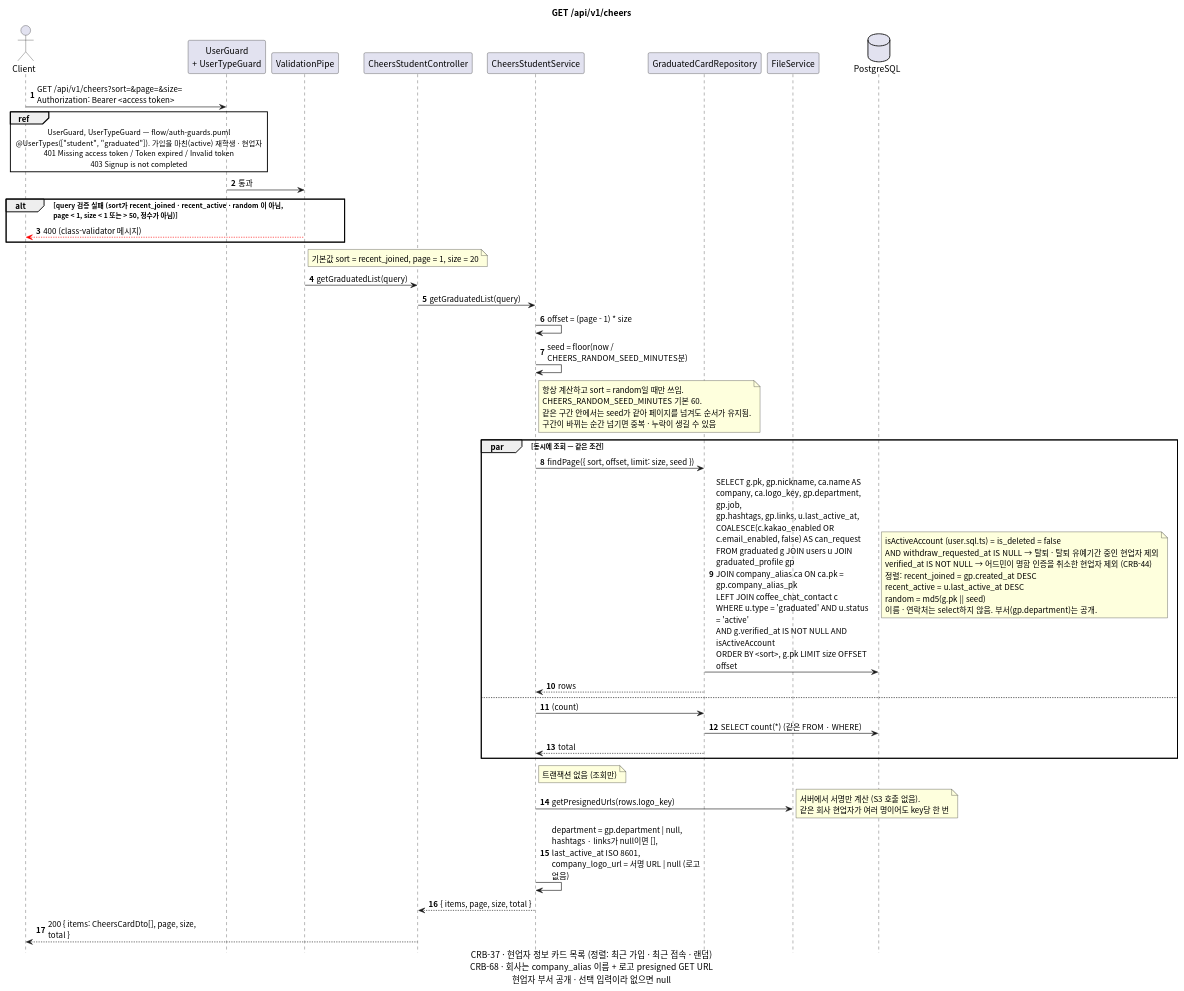
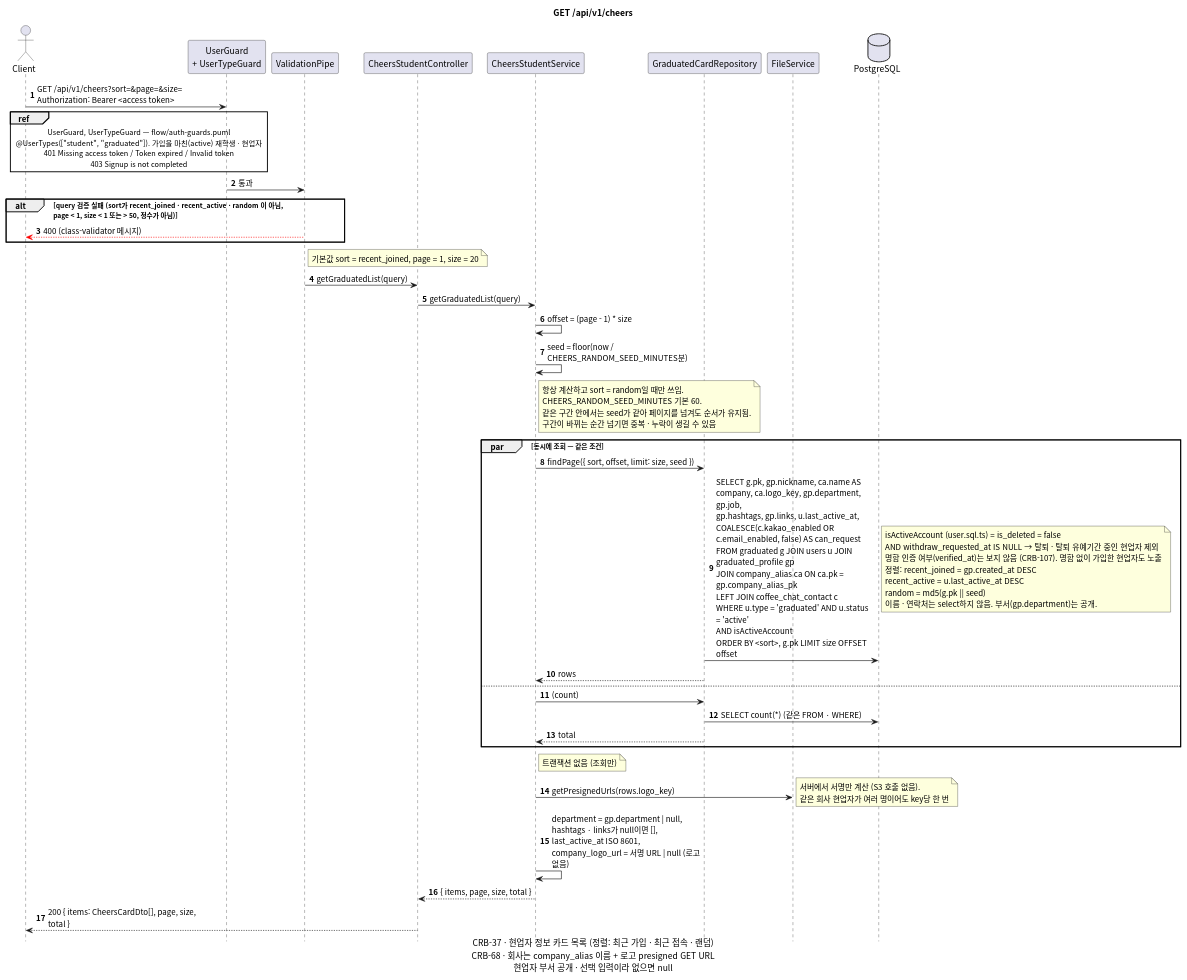
Before and after one commit to gsainfoteam/cheers-be: the diagram in docs/sequence/cheers/get-cheers.puml, drawn with PlantUML. The commit also changed 12 other files, not shown here.

Commit message:
- docs: update sequence diagrams for graduated signup without verify (CRB-107)

```diff
--- a/docs/sequence/cheers/get-cheers.puml
+++ b/docs/sequence/cheers/get-cheers.puml
@@ -1,76 +1,76 @@
 @startuml get-cheers
 skinparam defaultFontName "Apple SD Gothic Neo", "Noto Sans CJK KR", sans-serif
 skinparam responseMessageBelowArrow true
 skinparam sequenceMessageAlign left
 skinparam maxMessageSize 260
 skinparam BoxPadding 8
 skinparam shadowing false
 autonumber
 hide footbox
 
 title GET /api/v1/cheers
 caption CRB-37 · 현업자 정보 카드 목록 (정렬: 최근 가입 · 최근 접속 · 랜덤)\nCRB-68 · 회사는 company_alias 이름 + 로고 presigned GET URL\n현업자 부서 공개 · 선택 입력이라 없으면 null
 
 actor Client
 participant "UserGuard\n+ UserTypeGuard" as Guard
 participant "ValidationPipe" as Pipe
 participant "CheersStudentController" as Controller
 participant "CheersStudentService" as Service
 participant "GraduatedCardRepository" as GraduatedCardRepository
 participant "FileService" as FileService
 database PostgreSQL
 
 Client -> Guard: GET /api/v1/cheers?sort=&page=&size=\nAuthorization: Bearer <access token>
 ref over Client, Guard
   UserGuard, UserTypeGuard — flow/auth-guards.puml
   @UserTypes(["student", "graduated"]). 가입을 마친(active) 재학생 · 현업자
   401 Missing access token / Token expired / Invalid token
   403 Signup is not completed
 end ref
 Guard -> Pipe: 통과
 alt query 검증 실패 (sort가 recent_joined · recent_active · random 이 아님,\npage < 1, size < 1 또는 > 50, 정수가 아님)
   Pipe -[#red]-> Client: 400 (class-validator 메시지)
 end
 note right of Pipe: 기본값 sort = recent_joined, page = 1, size = 20
 Pipe -> Controller: getGraduatedList(query)
 Controller -> Service: getGraduatedList(query)
 
 Service -> Service: offset = (page - 1) * size
 Service -> Service: seed = floor(now / CHEERS_RANDOM_SEED_MINUTES분)
 note right of Service
   항상 계산하고 sort = random일 때만 쓰임.
   CHEERS_RANDOM_SEED_MINUTES 기본 60.
   같은 구간 안에서는 seed가 같아 페이지를 넘겨도 순서가 유지됨.
   구간이 바뀌는 순간 넘기면 중복 · 누락이 생길 수 있음
 end note
 
 par 동시에 조회 — 같은 조건
   Service -> GraduatedCardRepository: findPage({ sort, offset, limit: size, seed })
-  GraduatedCardRepository -> PostgreSQL: SELECT g.pk, gp.nickname, ca.name AS company, ca.logo_key, gp.department, gp.job,\ngp.hashtags, gp.links, u.last_active_at,\nCOALESCE(c.kakao_enabled OR c.email_enabled, false) AS can_request\nFROM graduated g JOIN users u JOIN graduated_profile gp\nJOIN company_alias ca ON ca.pk = gp.company_alias_pk\nLEFT JOIN coffee_chat_contact c\nWHERE u.type = 'graduated' AND u.status = 'active'\nAND g.verified_at IS NOT NULL AND isActiveAccount\nORDER BY <sort>, g.pk LIMIT size OFFSET offset
+  GraduatedCardRepository -> PostgreSQL: SELECT g.pk, gp.nickname, ca.name AS company, ca.logo_key, gp.department, gp.job,\ngp.hashtags, gp.links, u.last_active_at,\nCOALESCE(c.kakao_enabled OR c.email_enabled, false) AS can_request\nFROM graduated g JOIN users u JOIN graduated_profile gp\nJOIN company_alias ca ON ca.pk = gp.company_alias_pk\nLEFT JOIN coffee_chat_contact c\nWHERE u.type = 'graduated' AND u.status = 'active'\nAND isActiveAccount\nORDER BY <sort>, g.pk LIMIT size OFFSET offset
   note right
     isActiveAccount (user.sql.ts) = is_deleted = false
     AND withdraw_requested_at IS NULL → 탈퇴 · 탈퇴 유예기간 중인 현업자 제외
-    verified_at IS NOT NULL → 어드민이 명함 인증을 취소한 현업자 제외 (CRB-44)
+    명함 인증 여부(verified_at)는 보지 않음 (CRB-107). 명함 없이 가입한 현업자도 노출
     정렬: recent_joined = gp.created_at DESC
     recent_active = u.last_active_at DESC
     random = md5(g.pk || seed)
     이름 · 연락처는 select하지 않음. 부서(gp.department)는 공개.
   end note
   GraduatedCardRepository --> Service: rows
 else
   Service -> GraduatedCardRepository: (count)
   GraduatedCardRepository -> PostgreSQL: SELECT count(*) (같은 FROM · WHERE)
   GraduatedCardRepository --> Service: total
 end
 note right of Service: 트랜잭션 없음 (조회만)
 
 Service -> FileService: getPresignedUrls(rows.logo_key)
 note right
   서버에서 서명만 계산 (S3 호출 없음).
   같은 회사 현업자가 여러 명이어도 key당 한 번
 end note
 Service -> Service: department = gp.department | null,\nhashtags · links가 null이면 [],\nlast_active_at ISO 8601,\ncompany_logo_url = 서명 URL | null (로고 없음)
 Service --> Controller: { items, page, size, total }
 Controller --> Client: 200 { items: CheersCardDto[], page, size, total }
 
 @enduml
```
